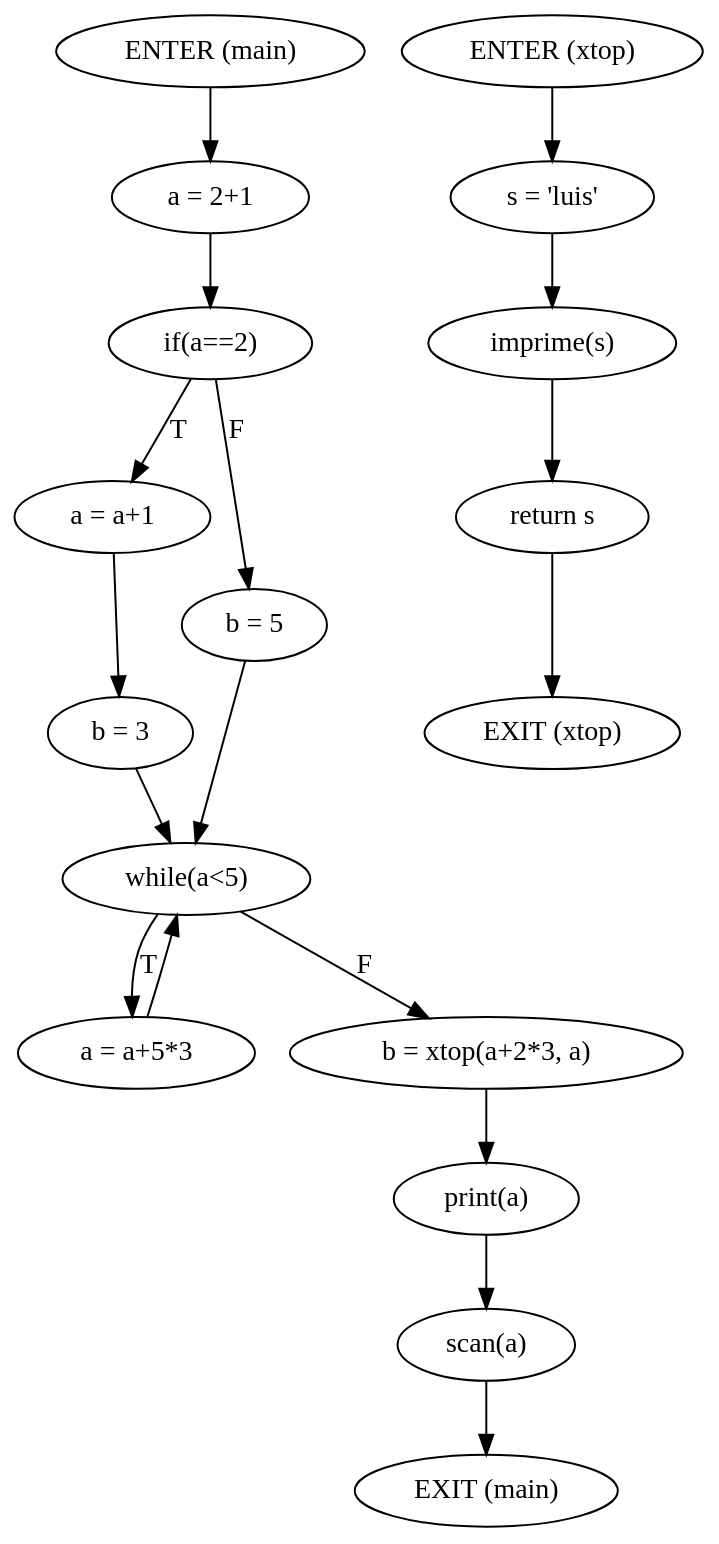
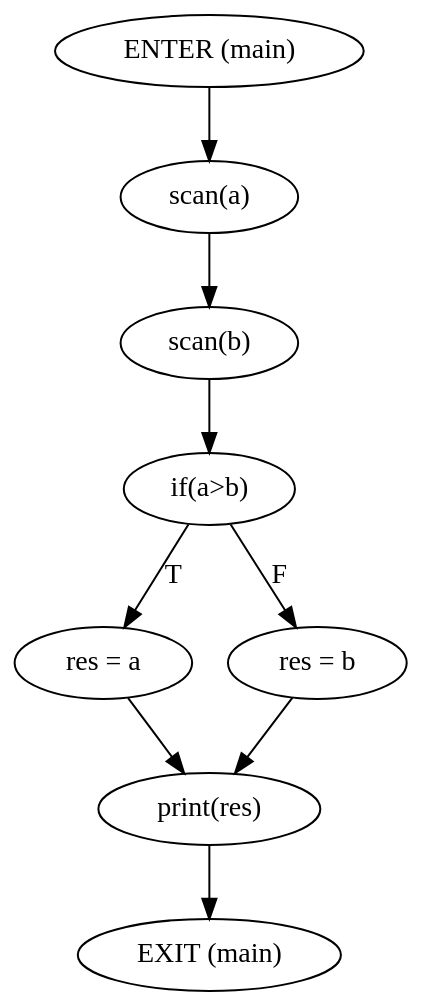
Before and after one commit to MiguelCosta/ATS: the diagram in Final/Cmb/WebSite/Gramatica/output/cfg.gv, drawn with Graphviz. The commit also changed 18 other files, not shown here.

```diff
--- a/Final/Cmb/WebSite/Gramatica/output/cfg.gv
+++ b/Final/Cmb/WebSite/Gramatica/output/cfg.gv
@@ -1,20 +1,11 @@
 digraph mainmap {
 graph [bgcolor=transparent];
-"ENTER (main)" -> "a = 2+1";
-	"a = 2+1" -> "if(a==2)";
-	"if(a==2)" -> "a = a+1"[label="T"];
-	"if(a==2)" -> "b = 5"[label="F"];
-	"a = a+1" -> "b = 3";
-	"b = 3" -> "while(a<5)";
-	"b = 5" -> "while(a<5)";
-	"while(a<5)" -> "a = a+5*3"[label="T"];
-	"while(a<5)" -> "b = xtop(a+2*3, a)"[label="F"];
-	"a = a+5*3" -> "while(a<5)";
-	"b = xtop(a+2*3, a)" -> "print(a)";
-	"print(a)" -> "scan(a)";
-	"scan(a)" -> "EXIT (main)";
-	"ENTER (xtop)" -> "s = 'luis'";
-	"s = 'luis'" -> "imprime(s)";
-	"imprime(s)" -> "return s";
-	"return s" -> "EXIT (xtop)";
+"ENTER (main)" -> "scan(a)";
+	"scan(a)" -> "scan(b)";
+	"scan(b)" -> "if(a>b)";
+	"if(a>b)" -> "res = a"[label="T"];
+	"if(a>b)" -> "res = b"[label="F"];
+	"res = a" -> "print(res)";
+	"res = b" -> "print(res)";
+	"print(res)" -> "EXIT (main)";
 	}
```
